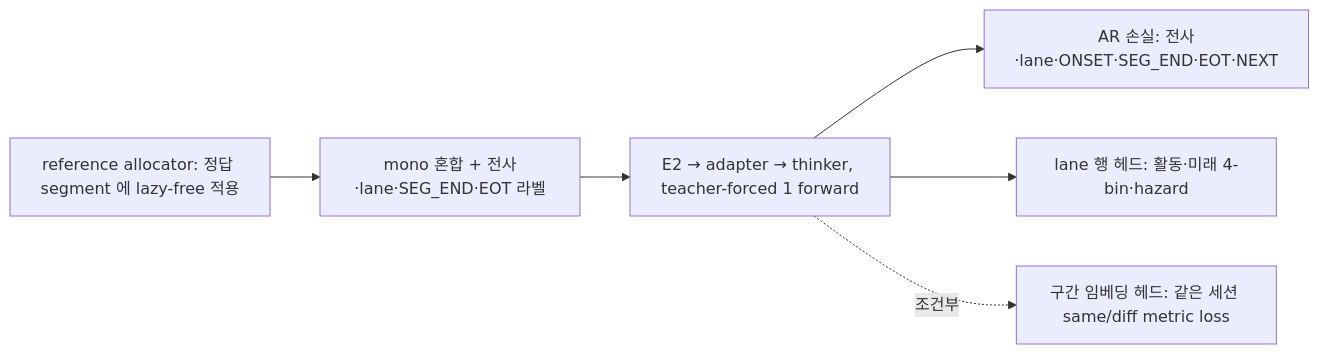
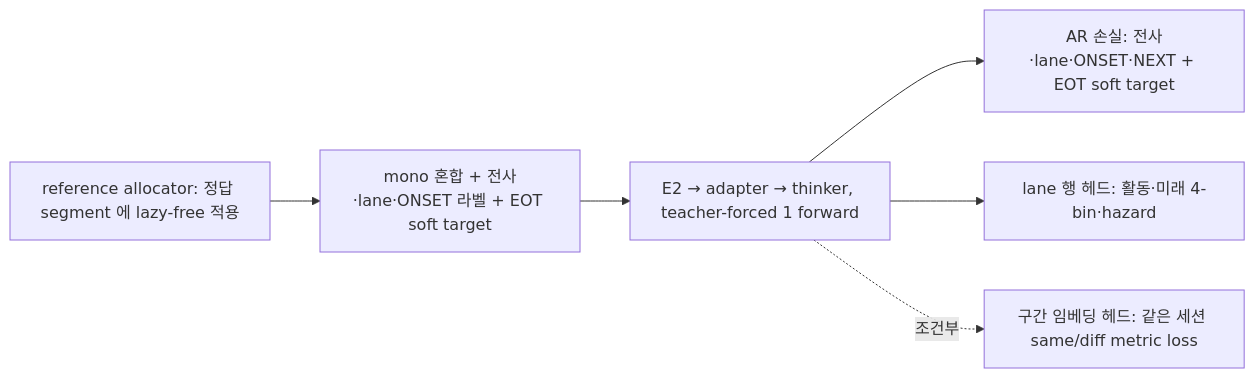
One commit to tskim9439/VAP changed the third of 3 diagrams in wiki/outputs/output-phase2-lane-proposal-report.md. Above: the diagram before and after it, drawn with Mermaid. The commit also changed other lines of this file and 4 other files, not shown here.

Commit message:
decision: EOT 즉시 방출 + soft label(SEG_END 제거); v2 계획 §11·보고서 갱신; 구간 끝 결과 분류 실측(AMI/ICSI/NOTSOFAR/71631)

````diff
--- a/wiki/outputs/output-phase2-lane-proposal-report.md
+++ b/wiki/outputs/output-phase2-lane-proposal-report.md
@@ -109,8 +109,8 @@
 ```mermaid
 flowchart LR
-  F[reference allocator: 정답 segment 에 lazy-free 적용] --> A[mono 혼합 + 전사·lane·SEG_END·EOT 라벨]
+  F[reference allocator: 정답 segment 에 lazy-free 적용] --> A[mono 혼합 + 전사·lane·ONSET 라벨 + EOT soft target]
   A --> B[E2 → adapter → thinker, teacher-forced 1 forward]
-  B --> C[AR 손실: 전사·lane·ONSET·SEG_END·EOT·NEXT]
+  B --> C[AR 손실: 전사·lane·ONSET·NEXT + EOT soft target]
   B --> D[lane 행 헤드: 활동·미래 4-bin·hazard]
   B -. 조건부 .-> E[구간 임베딩 헤드: 같은 세션 same/diff metric loss]
 ```
````
